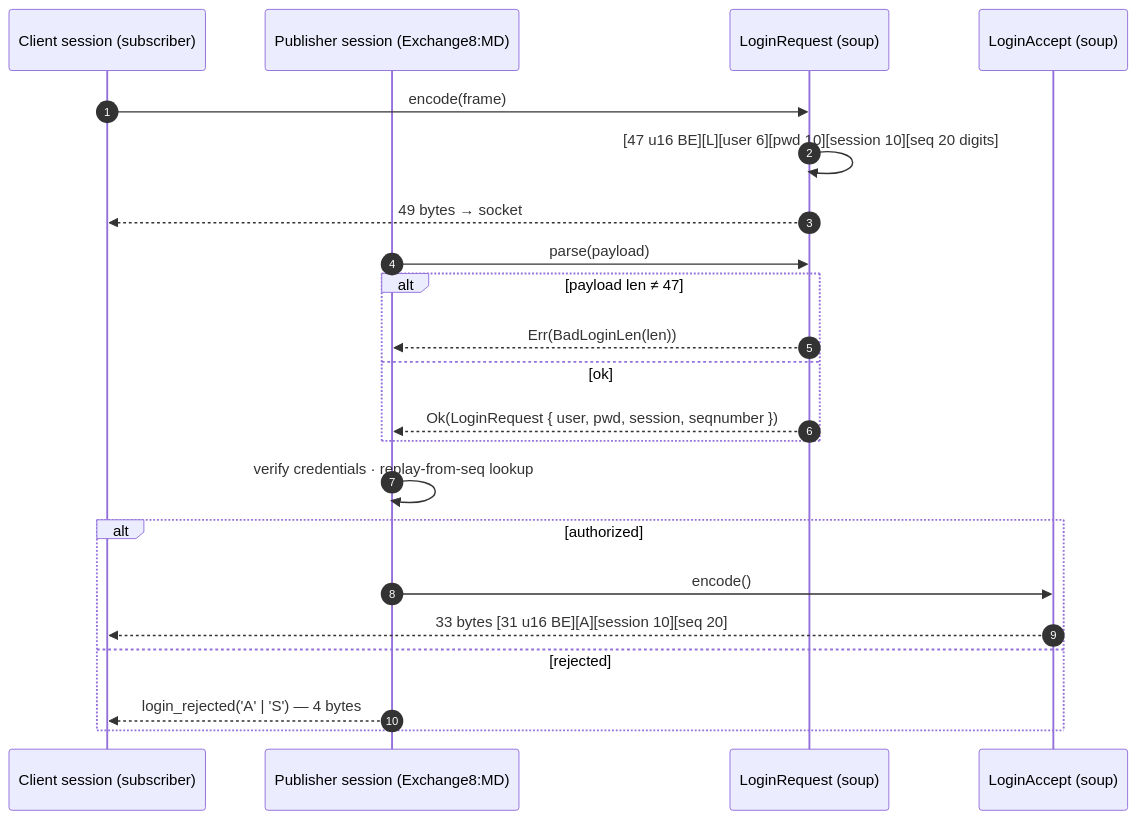
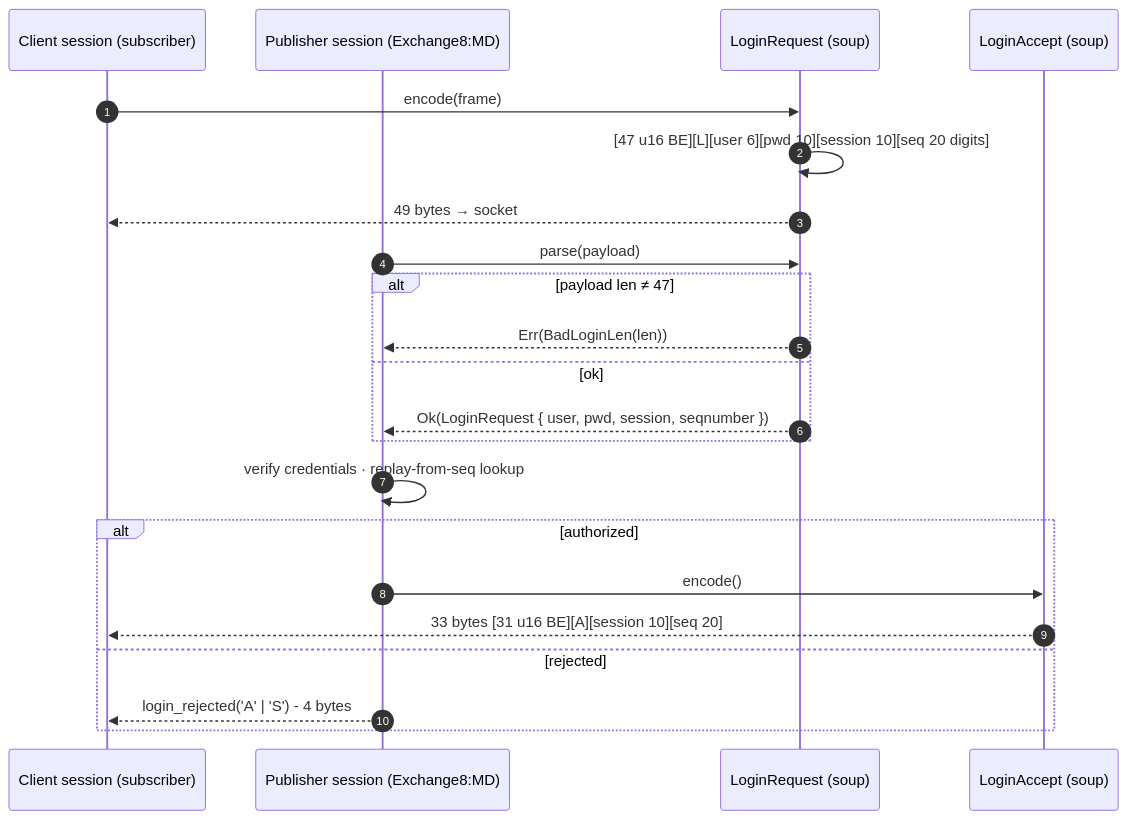
The second of 8 diagrams in crates/soup/DESIGN.md (Exchange8-dev/exchange8-sdk), drawn with Mermaid before and after one commit. The commit also changed other lines of this file and 60 other files, not shown here.

````diff
--- a/crates/soup/DESIGN.md
+++ b/crates/soup/DESIGN.md
@@ -95,25 +95,25 @@
 ```mermaid
 sequenceDiagram
     autonumber
     participant C as Client session (subscriber)
     participant S as Publisher session (Exchange8:MD)
     participant L as LoginRequest (soup)
     participant A as LoginAccept (soup)
 
     C->>L: encode(frame)
     L->>L: [47 u16 BE][L][user 6][pwd 10][session 10][seq 20 digits]
     L-->>C: 49 bytes → socket
     S->>L: parse(payload)
     alt payload len ≠ 47
         L-->>S: Err(BadLoginLen(len))
     else ok
         L-->>S: Ok(LoginRequest { user, pwd, session, seqnumber })
     end
     S->>S: verify credentials · replay-from-seq lookup
     alt authorized
         S->>A: encode()
         A-->>C: 33 bytes [31 u16 BE][A][session 10][seq 20]
     else rejected
-        S-->>C: login_rejected('A' | 'S') — 4 bytes
+        S-->>C: login_rejected('A' | 'S') - 4 bytes
     end
 ```
````
